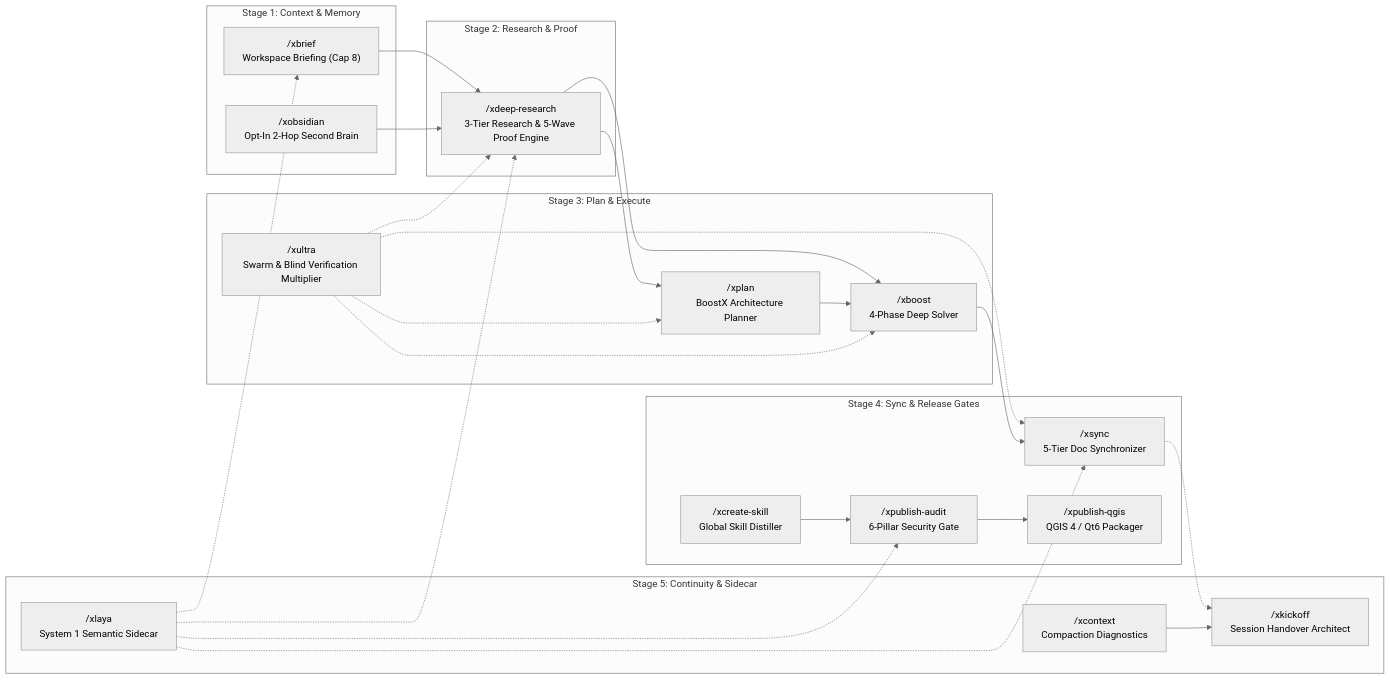
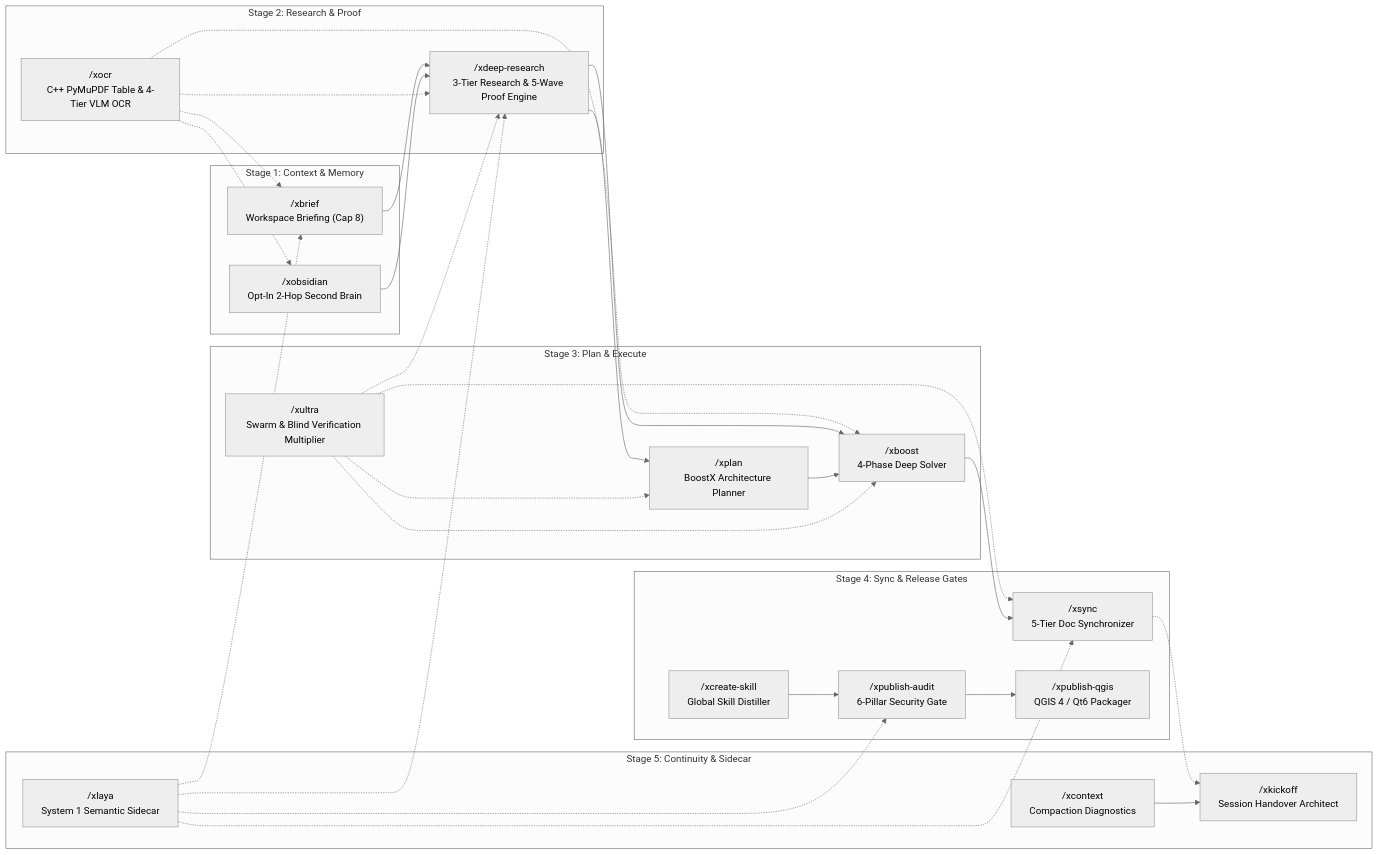
The first of 2 diagrams in README.md (iscvlab/boostx), drawn with Mermaid (neutral theme) before and after one commit. The commit also changed other lines of this file and 10 other files, not shown here.

Commit message:
feat(xocr): add /xocr hybrid PDF/booktabs table & VLM OCR engine (14-skill suite & 8 CLI engines)

````diff
--- a/README.md
+++ b/README.md
@@ -28,45 +28,50 @@
 ```mermaid
 graph LR
     subgraph S1["Stage 1: Context & Memory"]
         BX["/xbrief<br>Workspace Briefing (Cap 8)"]
         OX["/xobsidian<br>Opt-In 2-Hop Second Brain"]
     end
     subgraph S2["Stage 2: Research & Proof"]
         DRX["/xdeep-research<br>3-Tier Research & 5-Wave Proof Engine"]
+        OCX["/xocr<br>C++ PyMuPDF Table & 4-Tier VLM OCR"]
     end
     subgraph S3["Stage 3: Plan & Execute"]
         PLX["/xplan<br>BoostX Architecture Planner"]
         BSX["/xboost<br>4-Phase Deep Solver"]
         ULX["/xultra<br>Swarm & Blind Verification Multiplier"]
     end
     subgraph S4["Stage 4: Sync & Release Gates"]
         SX["/xsync<br>5-Tier Doc Synchronizer"]
         CSX["/xcreate-skill<br>Global Skill Distiller"]
         PAX["/xpublish-audit<br>6-Pillar Security Gate"]
         PQX["/xpublish-qgis<br>QGIS 4 / Qt6 Packager"]
     end
     subgraph S5["Stage 5: Continuity & Sidecar"]
         CTX["/xcontext<br>Compaction Diagnostics"]
         KOX["/xkickoff<br>Session Handover Architect"]
         LX["/xlaya<br>System 1 Semantic Sidecar"]
     end
 
     BX --> DRX
     OX --> DRX
+    OCX -.-> BX
+    OCX -.-> DRX
+    OCX -.-> BSX
+    OCX -.-> OX
     DRX --> PLX
     DRX --> BSX
     PLX --> BSX
     ULX -.-> DRX
     ULX -.-> PLX
     ULX -.-> BSX
     ULX -.-> SX
     BSX --> SX
     CSX --> PAX
     PAX --> PQX
     SX -.-> KOX
     CTX --> KOX
     LX -.-> BX
     LX -.-> DRX
     LX -.-> SX
     LX -.-> PAX
 ```
````
